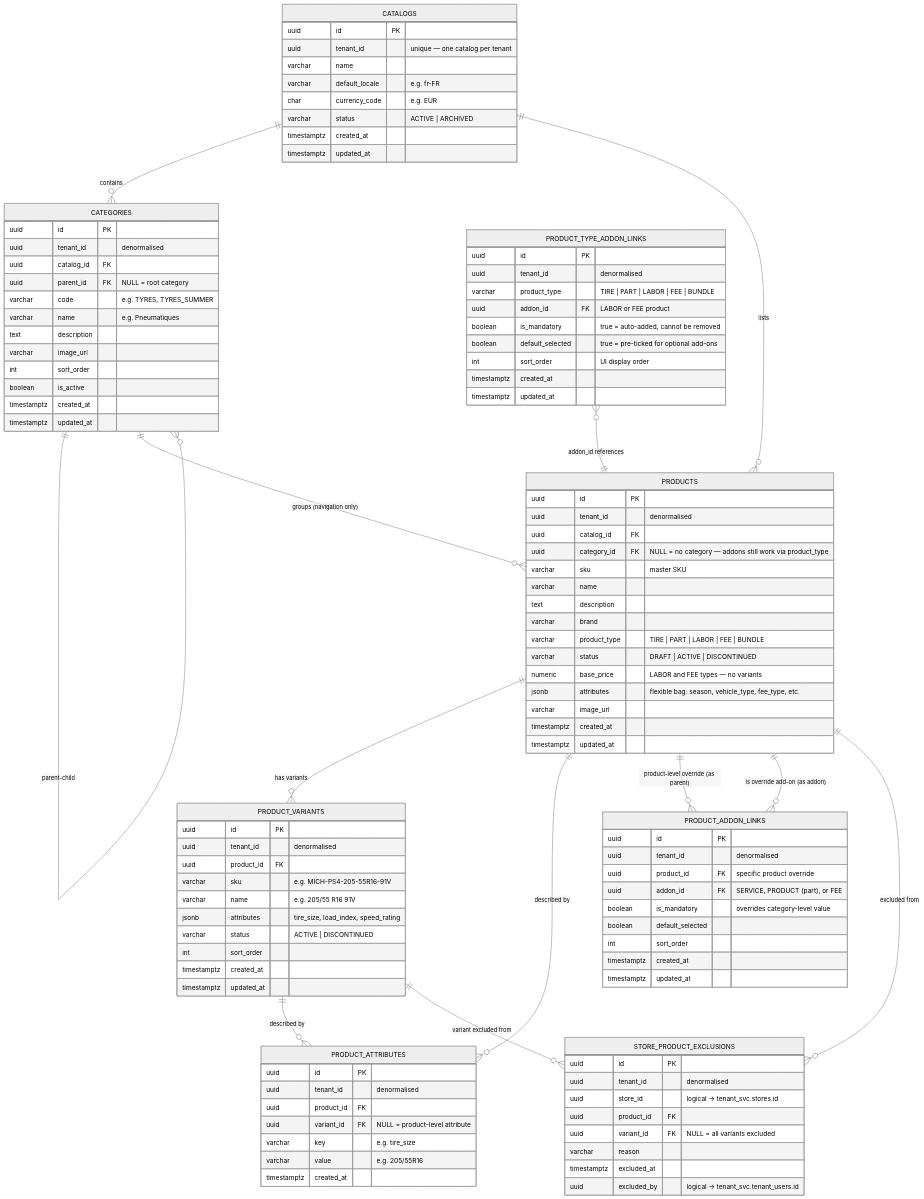
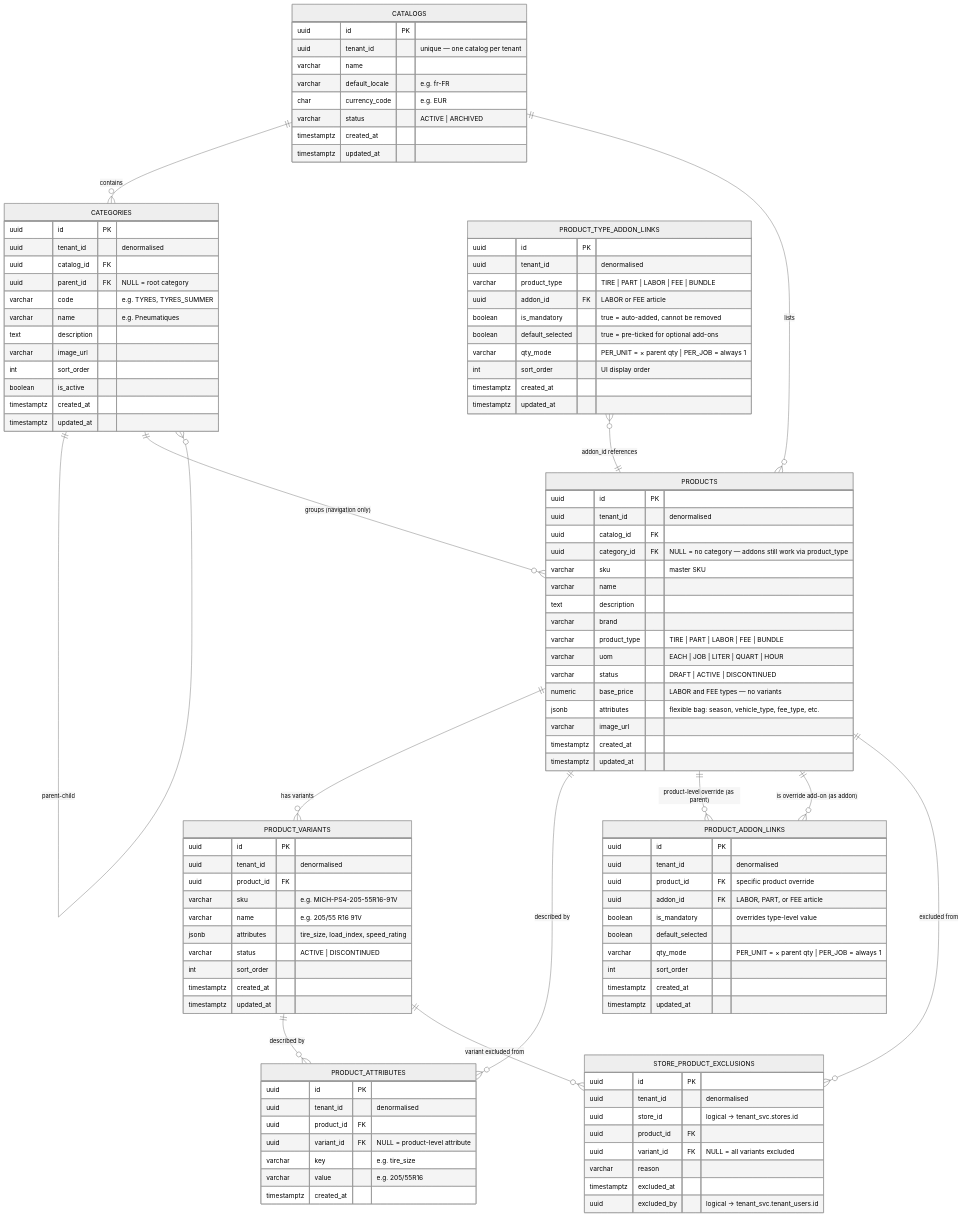
Before and after one commit to sumitjuyal/ecommerce-platform: the second of 2 diagrams in eComm/eCommDataModel/catalog-domain.md, drawn with Mermaid (neutral theme). The commit also changed other lines of this file and 1 other file, not shown here.

First line of the commit message:
Add uom to products and qty_mode to addon link tables

```diff
--- a/eComm/eCommDataModel/catalog-domain.md
+++ b/eComm/eCommDataModel/catalog-domain.md
@@ -259,6 +270,7 @@
     text        description
     varchar     brand
     varchar     product_type          "TIRE | PART | LABOR | FEE | BUNDLE"
+    varchar     uom                   "EACH | JOB | LITER | QUART | HOUR"
     varchar     status                "DRAFT | ACTIVE | DISCONTINUED"
     numeric     base_price            "LABOR and FEE types — no variants"
     jsonb       attributes            "flexible bag: season, vehicle_type, fee_type, etc."
@@ -294,9 +306,10 @@
     uuid        id PK
     uuid        tenant_id             "denormalised"
     varchar     product_type          "TIRE | PART | LABOR | FEE | BUNDLE"
-    uuid        addon_id FK           "LABOR or FEE product"
+    uuid        addon_id FK           "LABOR or FEE article"
     boolean     is_mandatory          "true = auto-added, cannot be removed"
     boolean     default_selected      "true = pre-ticked for optional add-ons"
+    varchar     qty_mode              "PER_UNIT = × parent qty | PER_JOB = always 1"
     int         sort_order            "UI display order"
     timestamptz created_at
     timestamptz updated_at
@@ -306,9 +319,10 @@
     uuid        id PK
     uuid        tenant_id             "denormalised"
     uuid        product_id FK         "specific product override"
-    uuid        addon_id FK           "SERVICE, PRODUCT (part), or FEE"
-    boolean     is_mandatory          "overrides category-level value"
+    uuid        addon_id FK           "LABOR, PART, or FEE article"
+    boolean     is_mandatory          "overrides type-level value"
     boolean     default_selected
+    varchar     qty_mode              "PER_UNIT = × parent qty | PER_JOB = always 1"
     int         sort_order
     timestamptz created_at
     timestamptz updated_at
```
